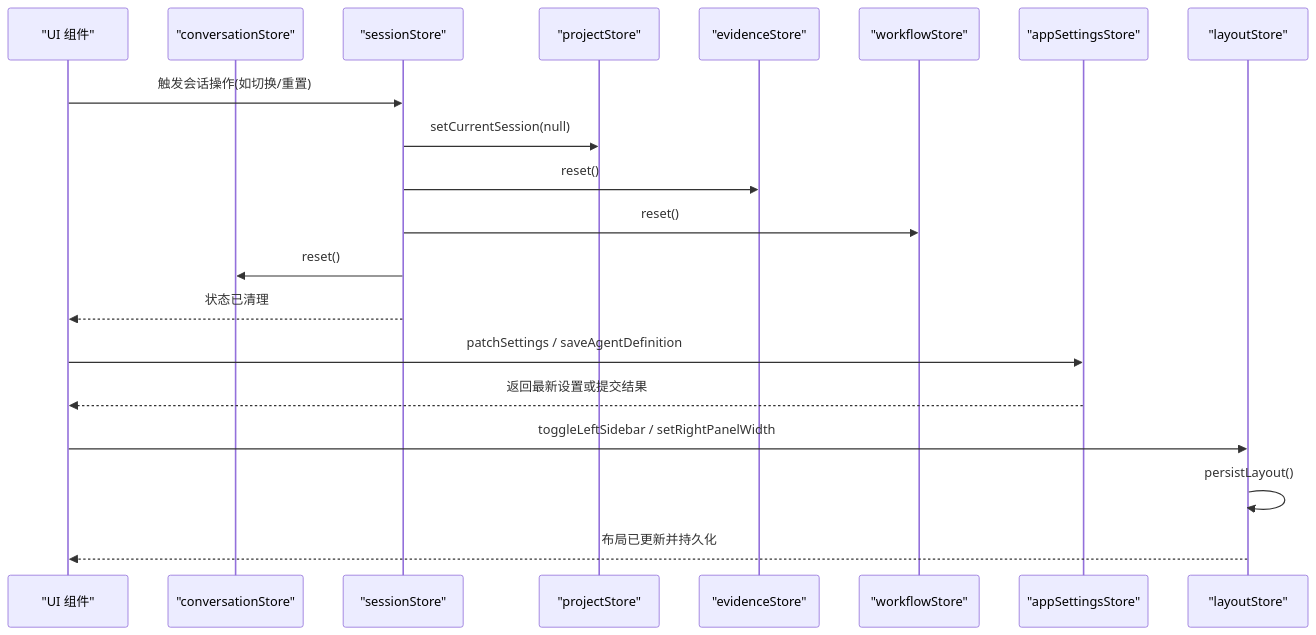
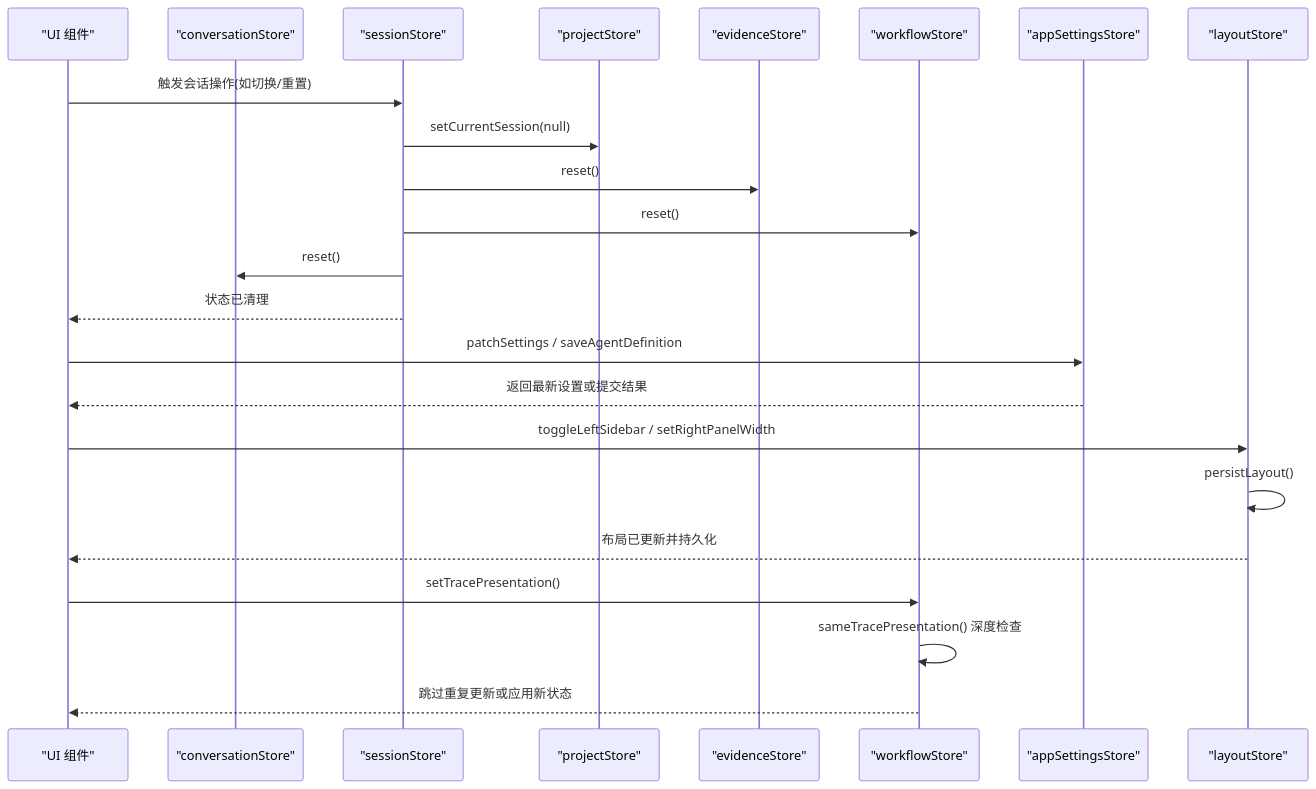
Before and after one commit to haolange/RDC-Agent: the second of 10 diagrams in .qoder/repowiki/zh/content/架构设计/渲染器架构/状态管理/状态管理.md, drawn with Mermaid. The commit also changed other lines of this file and 90 other files, not shown here.

````diff
--- a/.qoder/repowiki/zh/content/架构设计/渲染器架构/状态管理/状态管理.md
+++ b/.qoder/repowiki/zh/content/架构设计/渲染器架构/状态管理/状态管理.md
@@ -112,22 +127,25 @@
 ```mermaid
 sequenceDiagram
 participant UI as "UI 组件"
 participant CS as "conversationStore"
 participant SS as "sessionStore"
 participant PS as "projectStore"
 participant ES as "evidenceStore"
 participant WS as "workflowStore"
 participant AS as "appSettingsStore"
 participant LS as "layoutStore"
 UI->>SS : 触发会话操作(如切换/重置)
 SS->>PS : setCurrentSession(null)
 SS->>ES : reset()
 SS->>WS : reset()
 SS->>CS : reset()
 SS-->>UI : 状态已清理
 UI->>AS : patchSettings / saveAgentDefinition
 AS-->>UI : 返回最新设置或提交结果
 UI->>LS : toggleLeftSidebar / setRightPanelWidth
 LS->>LS : persistLayout()
 LS-->>UI : 布局已更新并持久化
+UI->>WS : setTracePresentation()
+WS->>WS : sameTracePresentation() 深度检查
+WS-->>UI : 跳过重复更新或应用新状态
 ```
````
